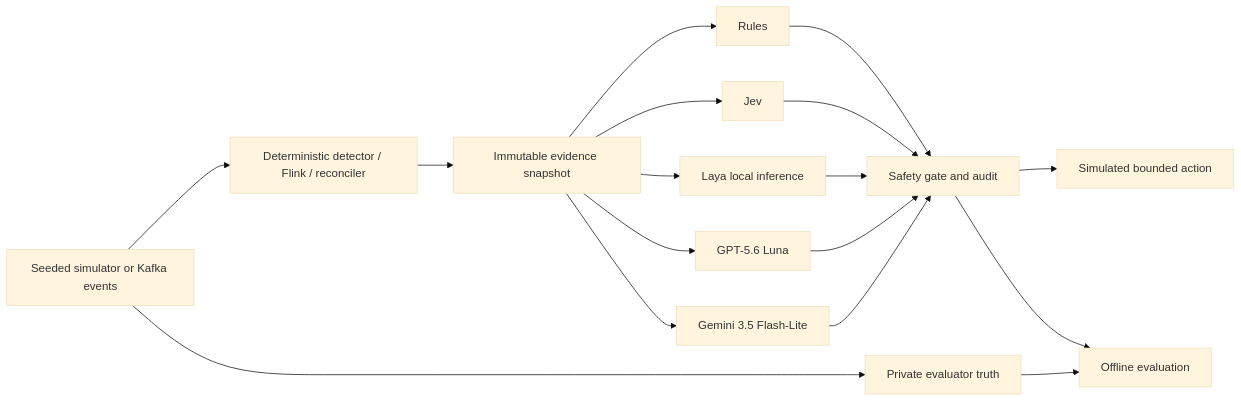
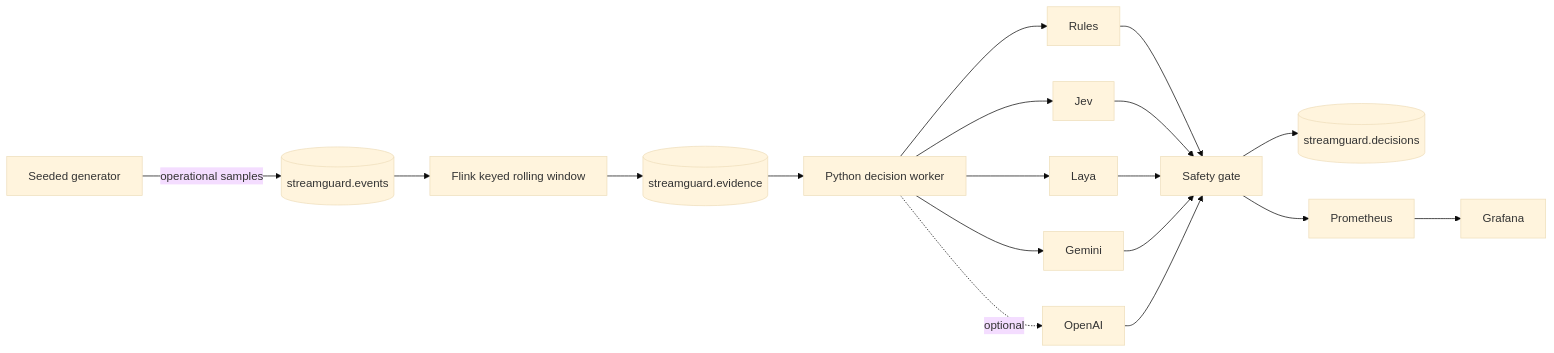
The second of 2 diagrams in docs/architecture.md (omerfeyzioglu/JevOps), drawn with Mermaid (base theme) before and after one commit. The commit also changed other lines of this file and 16 other files, not shown here.

````diff
--- a/docs/architecture.md
+++ b/docs/architecture.md
@@ -5,19 +31,20 @@
 ```mermaid
 flowchart LR
-    S[Seeded simulator or Kafka events] --> D[Deterministic detector / Flink / reconciler]
-    D --> E[Immutable evidence snapshot]
-    E --> R[Rules]
-    E --> J[Jev]
-    E --> L[Laya local inference]
-    E --> O[GPT-5.6 Luna]
-    E --> M[Gemini 3.5 Flash-Lite]
-    R --> G[Safety gate and audit]
-    J --> G
-    L --> G
-    O --> G
-    M --> G
-    G --> A[Simulated bounded action]
-    S --> T[Private evaluator truth]
-    T --> V[Offline evaluation]
-    G --> V
+    G[Seeded generator] -->|operational samples| K1[(streamguard.events)]
+    K1 --> F[Flink keyed rolling window]
+    F --> K2[(streamguard.evidence)]
+    K2 --> W[Python decision worker]
+    W --> R[Rules]
+    W --> J[Jev]
+    W --> L[Laya]
+    W --> M[Gemini]
+    W -. optional .-> O[OpenAI]
+    R --> S[Safety gate]
+    J --> S
+    L --> S
+    M --> S
+    O --> S
+    S --> K3[(streamguard.decisions)]
+    S --> P[Prometheus]
+    P --> D[Grafana]
 ```
````
